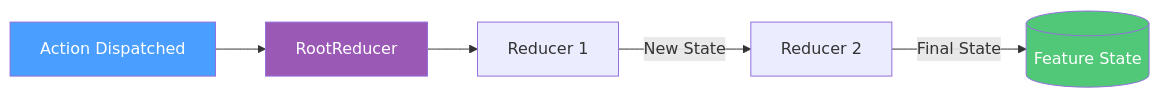
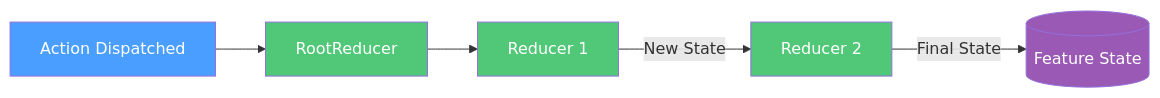
Before and after one commit to Gibbs-Morris/mississippi: the diagram in docs/Docusaurus/docs/client-state-management/reducers.md, drawn with Mermaid. The commit also changed other lines of this file and 8 other files, not shown here.

````diff
--- a/docs/Docusaurus/docs/client-state-management/reducers.md
+++ b/docs/Docusaurus/docs/client-state-management/reducers.md
@@ -107,11 +109,13 @@
 ```mermaid
 flowchart LR
     A[Action Dispatched] --> RR[RootReducer]
     RR --> R1[Reducer 1]
     R1 -->|New State| R2[Reducer 2]
     R2 -->|Final State| S[(Feature State)]
     
     style A fill:#4a9eff,color:#fff
-    style RR fill:#9b59b6,color:#fff
-    style S fill:#50c878,color:#fff
+    style RR fill:#50c878,color:#fff
+    style R1 fill:#50c878,color:#fff
+    style R2 fill:#50c878,color:#fff
+    style S fill:#9b59b6,color:#fff
 ```
````
